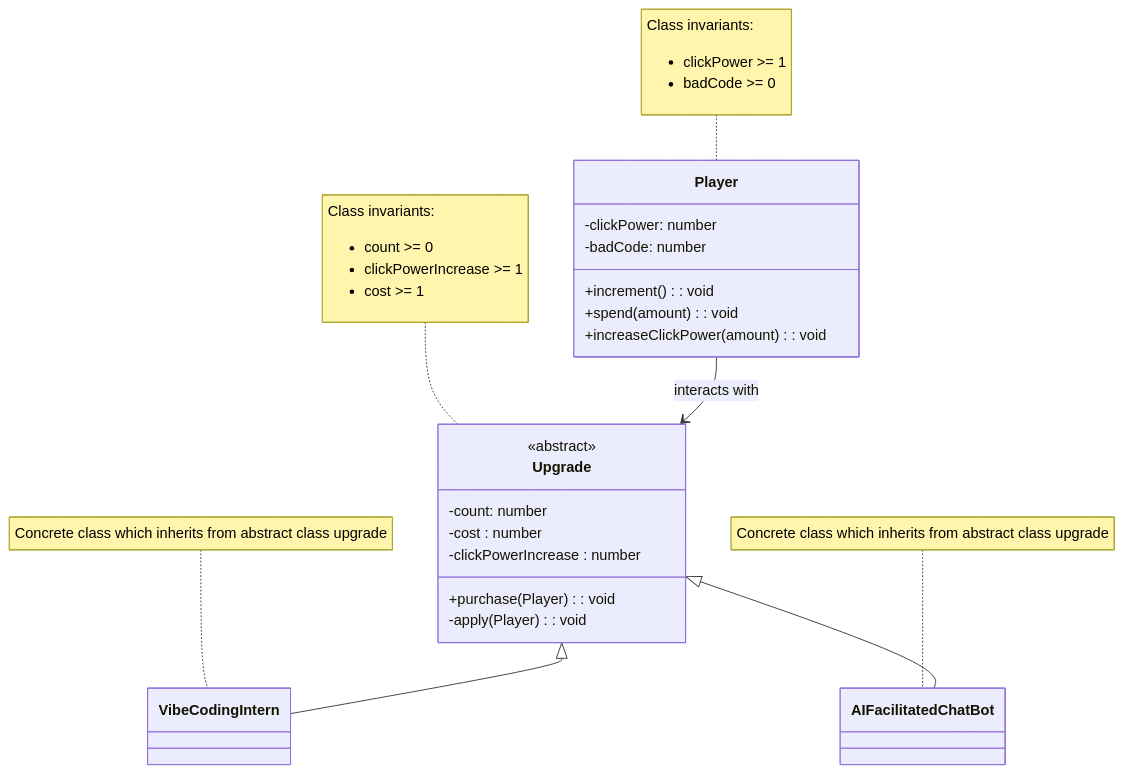
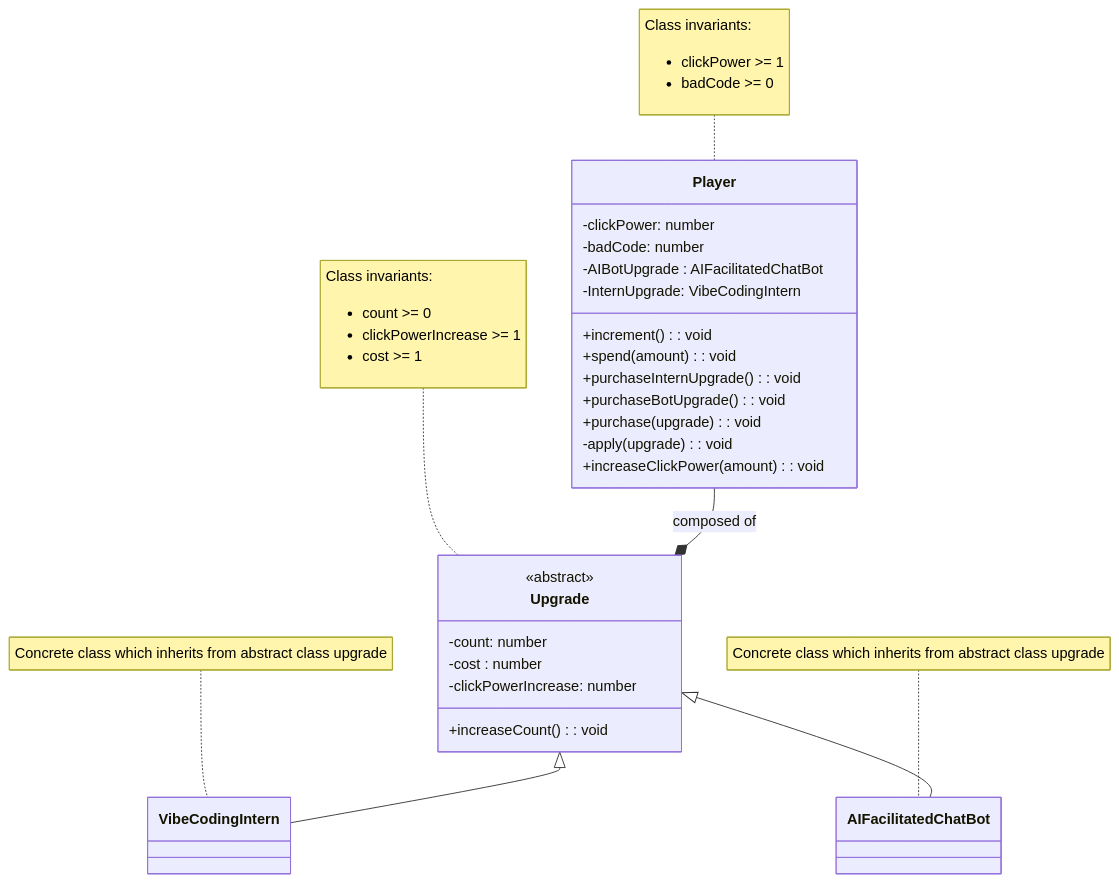
Before and after one commit to MoulikB/2452-project: the diagram in domain.md, drawn with Mermaid. The commit also changed 1 other file, not shown here.

Commit message:
Updated UML diagram

````diff
--- a/domain.md
+++ b/domain.md
@@ -11,46 +11,51 @@
 ```mermaid
 classDiagram
 
 class Player {
     -clickPower: number
     -badCode: number
+    -AIBotUpgrade : AIFacilitatedChatBot
+    -InternUpgrade: VibeCodingIntern
     +increment() : void
     +spend(amount): void
+    +purchaseInternUpgrade(): void
+    +purchaseBotUpgrade(): void
+    +purchase(upgrade): void
+    -apply(upgrade): void
     +increaseClickPower(amount): void
 }
 
 note for Player "Class invariants:
 <ul>
 <li>clickPower >= 1</li>
 <li>badCode >= 0</li>
 </ul>"
 
 class Upgrade {
     <<abstract>>
     -count: number
     -cost : number
-    -clickPowerIncrease : number
-    +purchase(Player) : void
-    -apply(Player) : void
- }
+    -clickPowerIncrease: number
+    +increaseCount(): void
+}
 
 note for Upgrade "Class invariants:
 <ul>
 <li>count >= 0</li>
 <li>clickPowerIncrease >= 1</li>
 <li>cost >= 1</li>
 </ul>"
 
 class VibeCodingIntern
 
 class AIFacilitatedChatBot
 
 note for VibeCodingIntern "Concrete class which inherits from abstract class upgrade"
 
 note for AIFacilitatedChatBot "Concrete class which inherits from abstract class upgrade"
 Upgrade <|-- VibeCodingIntern
 Upgrade <|-- AIFacilitatedChatBot
 
-Player --> Upgrade : interacts with
+Player --* Upgrade : composed of
 
 ```
````
